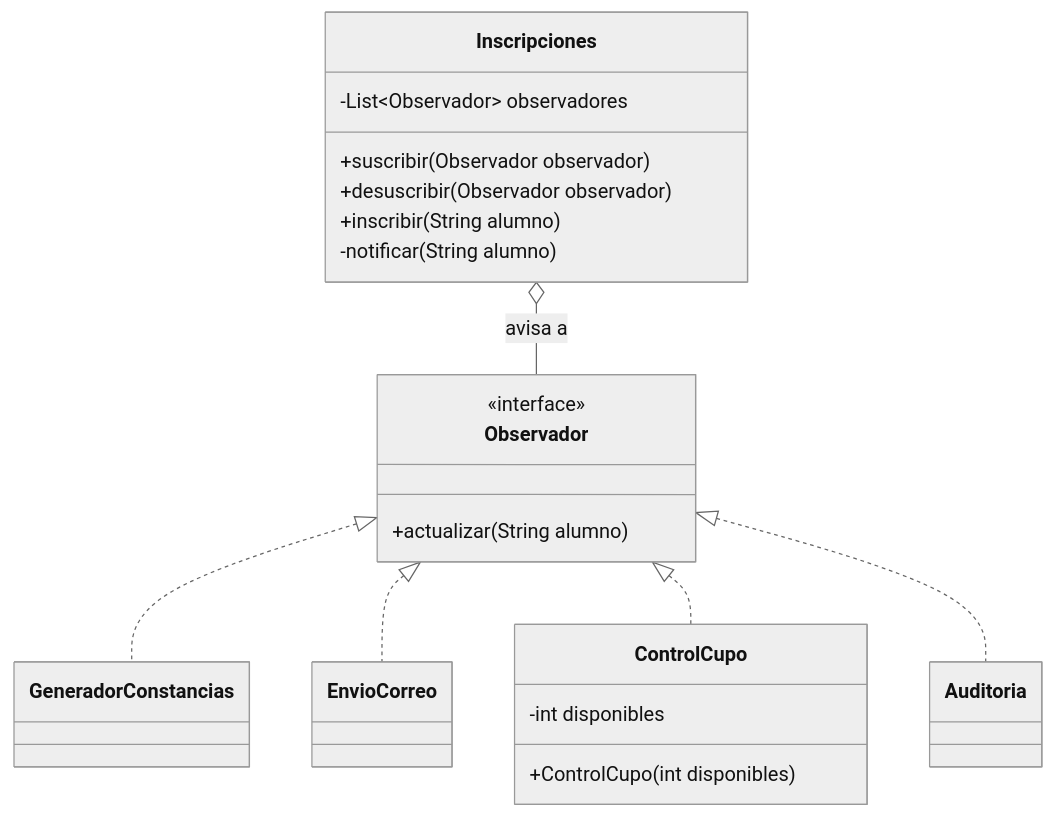
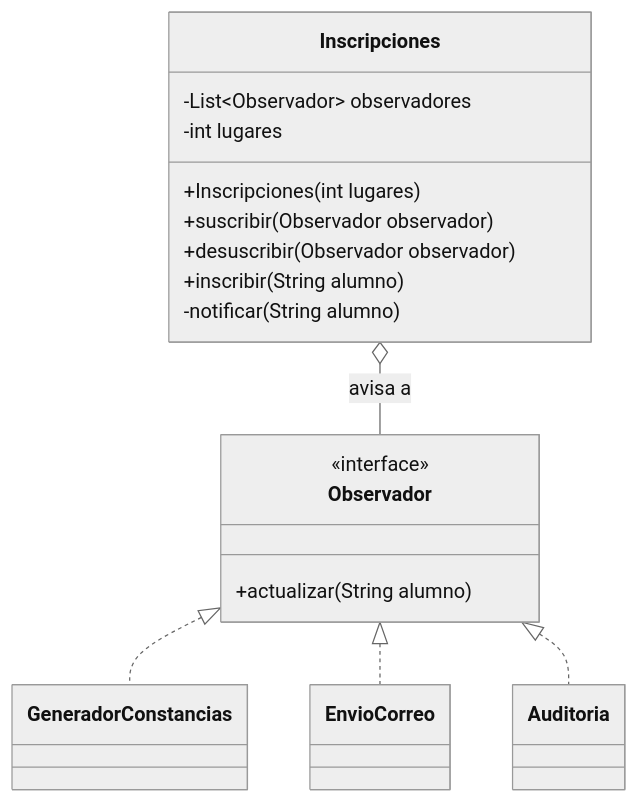
One commit to carevalomx69/DesignPatterns changed the second of 2 diagrams in 07 - Observer/README.md. Above: the diagram before and after it, drawn with Mermaid (neutral theme). The commit also changed other lines of this file and 8 other files, not shown here.

First line of the commit message:
Observer: mover la regla de cupo al sujeto y explicar por que no es un observador

````diff
--- a/07 - Observer/README.md
+++ b/07 - Observer/README.md
@@ -177,26 +200,23 @@
 ```mermaid
 classDiagram
     class Observador {
         <<interface>>
         +actualizar(String alumno)
     }
     class Inscripciones {
         -List~Observador~ observadores
+        -int lugares
+        +Inscripciones(int lugares)
         +suscribir(Observador observador)
         +desuscribir(Observador observador)
         +inscribir(String alumno)
         -notificar(String alumno)
     }
     class GeneradorConstancias
     class EnvioCorreo
-    class ControlCupo {
-        -int disponibles
-        +ControlCupo(int disponibles)
-    }
     class Auditoria
     Observador <|.. GeneradorConstancias
     Observador <|.. EnvioCorreo
-    Observador <|.. ControlCupo
     Observador <|.. Auditoria
     Inscripciones o-- Observador : avisa a
 ```
````
